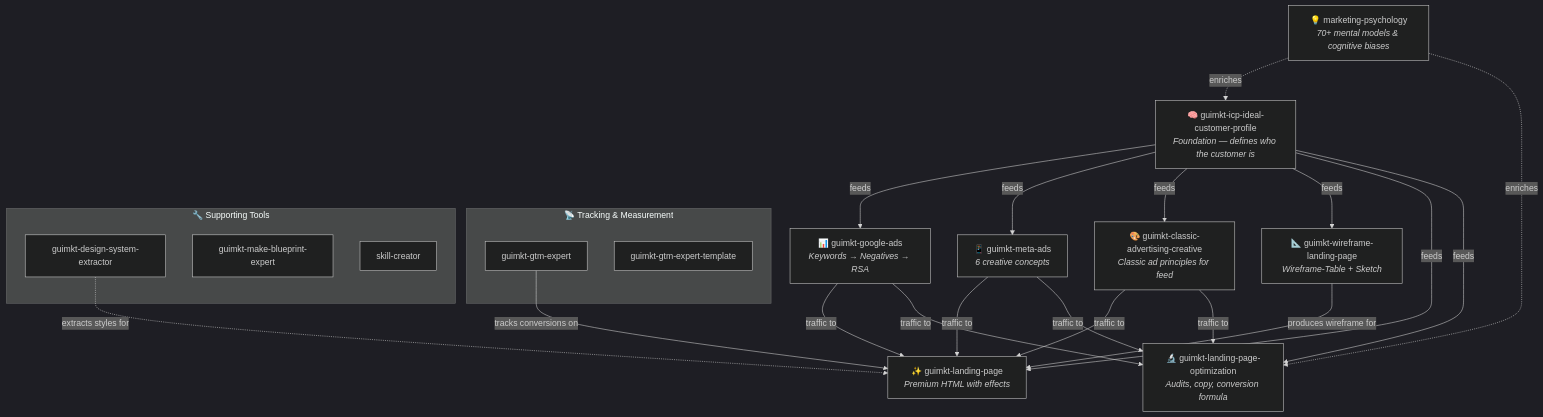
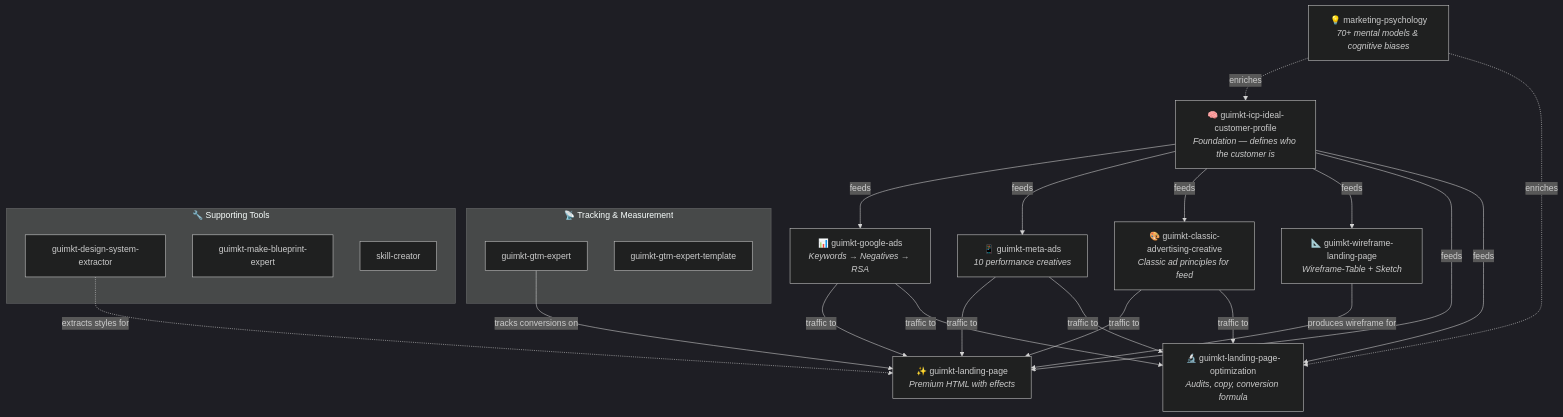
One commit to guilhermemarketing/esc-skills changed the first of 4 diagrams in README.md. Above: the diagram before and after it, drawn with Mermaid (dark theme). The commit also changed other lines of this file, not shown here.

First line of the commit message:
docs: sync README with guimkt-meta-ads v2.0.0

````diff
--- a/README.md
+++ b/README.md
@@ -72,32 +72,32 @@
 ```mermaid
 graph TD
     ICP["🧠 guimkt-icp-ideal-customer-profile<br/><i>Foundation — defines who the customer is</i>"]
     PSY["💡 marketing-psychology<br/><i>70+ mental models & cognitive biases</i>"]
 
     ICP -->|feeds| GA["📊 guimkt-google-ads<br/><i>Keywords → Negatives → RSA</i>"]
-    ICP -->|feeds| MA["📱 guimkt-meta-ads<br/><i>6 creative concepts</i>"]
+    ICP -->|feeds| MA["📱 guimkt-meta-ads<br/><i>10 performance creatives</i>"]
     ICP -->|feeds| CAC["🎨 guimkt-classic-advertising-creative<br/><i>Classic ad principles for feed</i>"]
     ICP -->|feeds| WF["📐 guimkt-wireframe-landing-page<br/><i>Wireframe-Table + Sketch</i>"]
     ICP -->|feeds| LP["✨ guimkt-landing-page<br/><i>Premium HTML with effects</i>"]
     ICP -->|feeds| LPO["🔬 guimkt-landing-page-optimization<br/><i>Audits, copy, conversion formula</i>"]
 
     PSY -.->|enriches| ICP
     PSY -.->|enriches| LPO
 
     WF -->|produces wireframe for| LP
 
     subgraph Tracking["📡 Tracking & Measurement"]
         GTM["guimkt-gtm-expert"]
         GTMT["guimkt-gtm-expert-template"]
     end
 
     subgraph Tools["🔧 Supporting Tools"]
         DSE["guimkt-design-system-extractor"]
         MBE["guimkt-make-blueprint-expert"]
         SC["skill-creator"]
     end
 
     GA & MA & CAC -->|traffic to| LP & LPO
     GTM -->|tracks conversions on| LP
     DSE -.->|extracts styles for| LP
 ```
````
